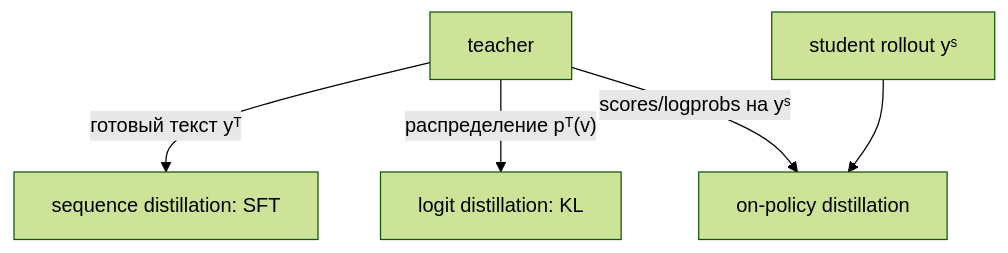
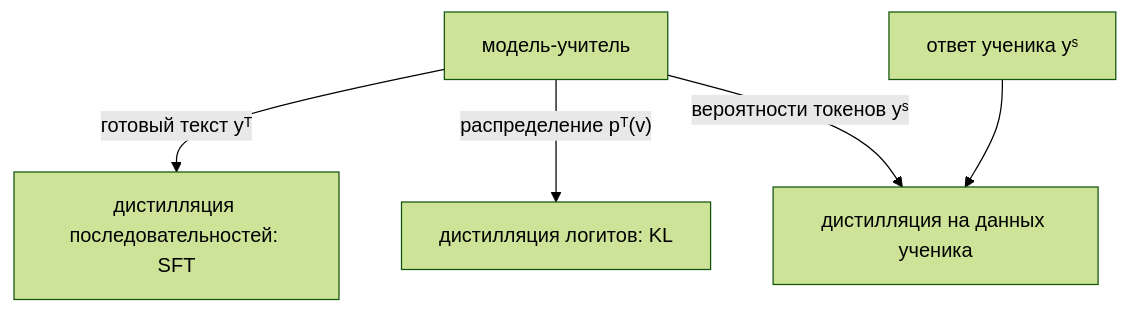
The first of 2 diagrams in 00 Учебник/12 Post-training и Alignment/08 Reasoning distillation.md (alpotekhin/bookvar), drawn with Mermaid (forest theme) before and after one commit. The commit also changed other lines of this file and 58 other files, not shown here.

````diff
--- a/00 Учебник/12 Post-training и Alignment/08 Reasoning distillation.md
+++ b/00 Учебник/12 Post-training и Alignment/08 Reasoning distillation.md
@@ -26,7 +28,7 @@
 ```mermaid
 flowchart TB
-    T["teacher"] -->|"готовый текст yᵀ"| S["sequence distillation: SFT"]
-    T -->|"распределение pᵀ(v)"| L["logit distillation: KL"]
-    ST["student rollout yˢ"] --> OD["on-policy distillation"]
-    T -->|"scores/logprobs на yˢ"| OD
+    T["модель-учитель"] -->|"готовый текст yᵀ"| S["дистилляция последовательностей: SFT"]
+    T -->|"распределение pᵀ(v)"| L["дистилляция логитов: KL"]
+    ST["ответ ученика yˢ"] --> OD["дистилляция на данных ученика"]
+    T -->|"вероятности токенов yˢ"| OD
 ```
````
